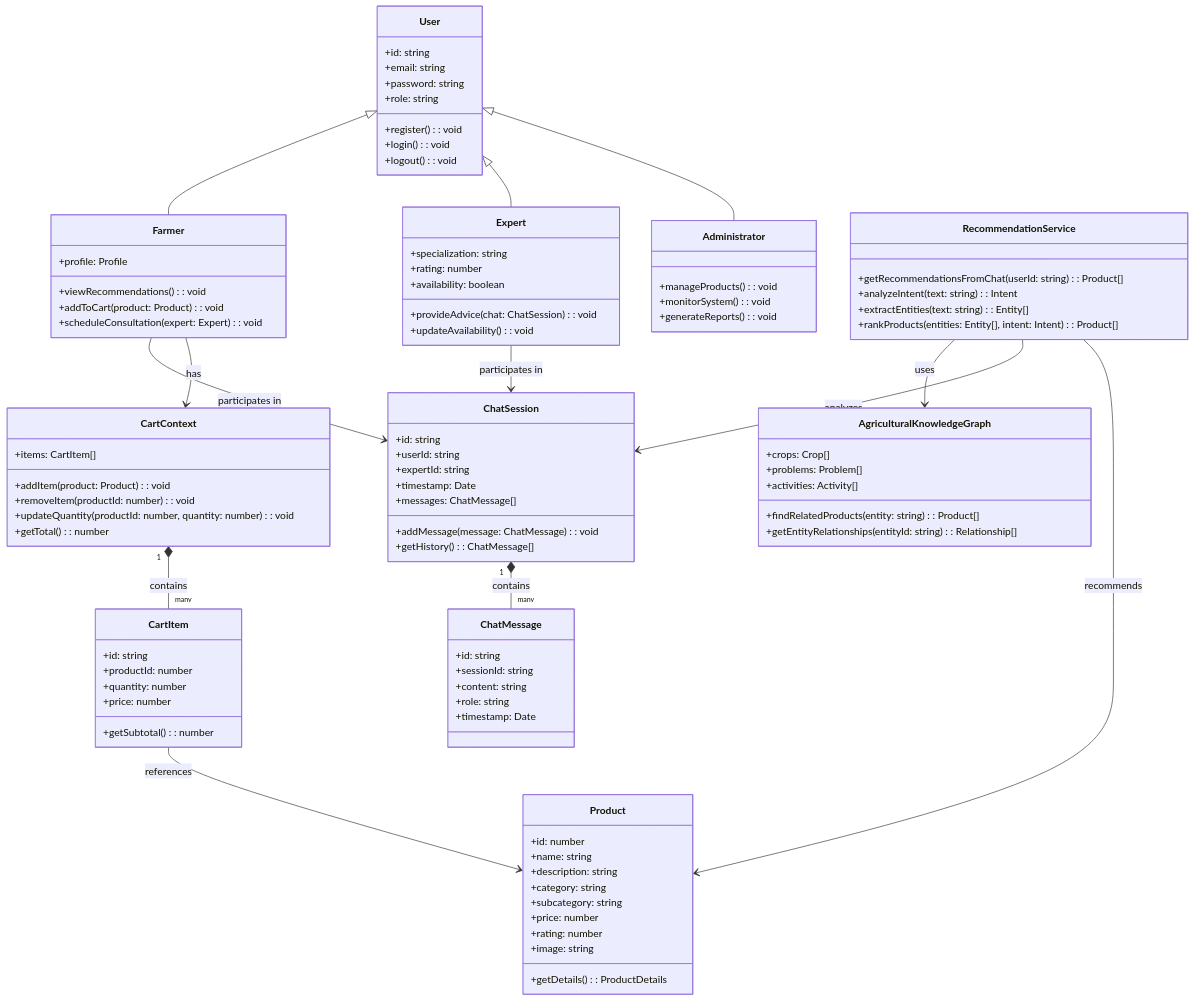
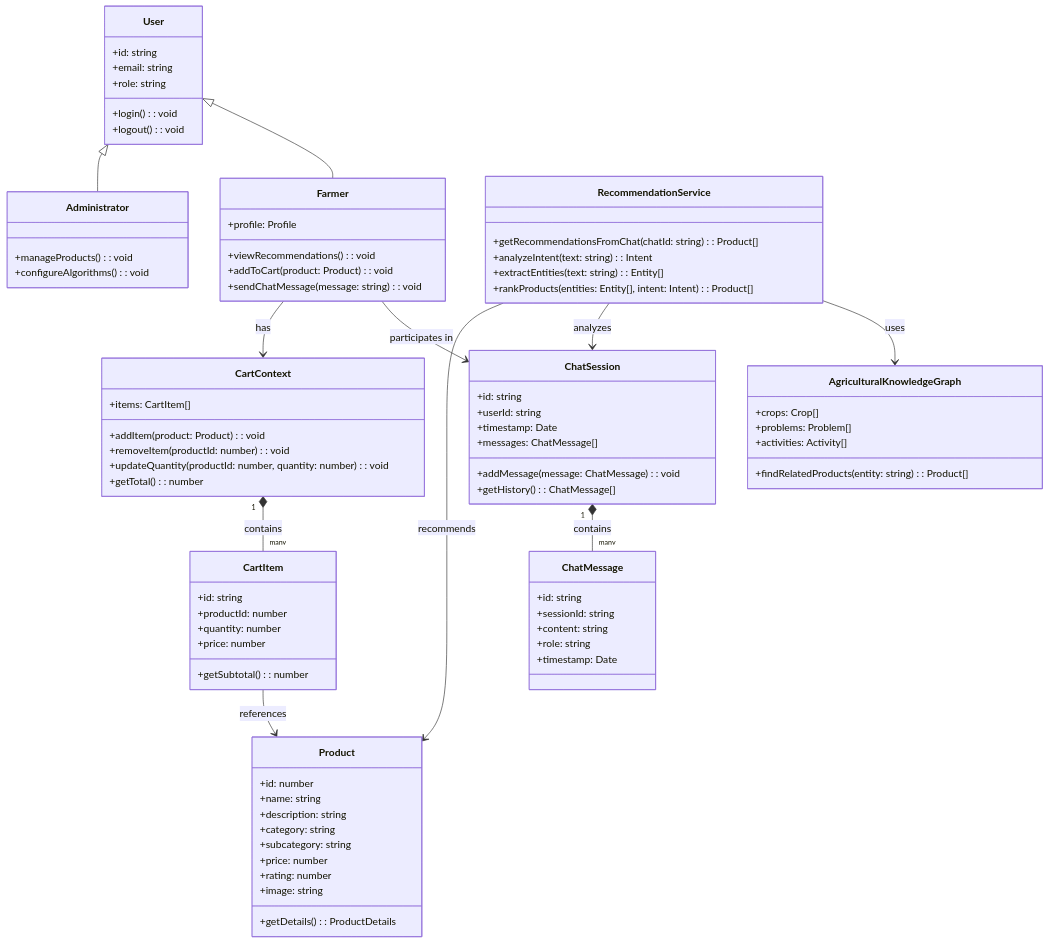
The second of 7 diagrams in documentation/digram.md (Gauravkrsah/Cropsay), drawn with Mermaid before and after one commit. The commit also changed other lines of this file and 1 other file, not shown here.

Commit message:
Add system analysis and diagrams for chat-based product recommendation system

```diff
--- a/documentation/digram.md
+++ b/documentation/digram.md
@@ -188,9 +137,7 @@
     class User {
         +id: string
         +email: string
-        +password: string
         +role: string
-        +register(): void
         +login(): void
         +logout(): void
     }
@@ -199,21 +146,12 @@
         +profile: Profile
         +viewRecommendations(): void
         +addToCart(product: Product): void
-        +scheduleConsultation(expert: Expert): void
-    }
-    
-    class Expert {
-        +specialization: string
-        +rating: number
-        +availability: boolean
-        +provideAdvice(chat: ChatSession): void
-        +updateAvailability(): void
+        +sendChatMessage(message: string): void
     }
     
     class Administrator {
         +manageProducts(): void
-        +monitorSystem(): void
-        +generateReports(): void
+        +configureAlgorithms(): void
     }
     
     class Product {
@@ -228,18 +166,9 @@
         +getDetails(): ProductDetails
     }
     
-    class AgriculturalKnowledgeGraph {
-        +crops: Crop[]
-        +problems: Problem[]
-        +activities: Activity[]
-        +findRelatedProducts(entity: string): Product[]
-        +getEntityRelationships(entityId: string): Relationship[]
-    }
-    
     class ChatSession {
         +id: string
         +userId: string
-        +expertId: string
         +timestamp: Date
         +messages: ChatMessage[]
         +addMessage(message: ChatMessage): void
@@ -254,8 +183,15 @@
         +timestamp: Date
     }
     
+    class AgriculturalKnowledgeGraph {
+        +crops: Crop[]
+        +problems: Problem[]
+        +activities: Activity[]
+        +findRelatedProducts(entity: string): Product[]
+    }
+    
     class RecommendationService {
-        +getRecommendationsFromChat(userId: string): Product[]
+        +getRecommendationsFromChat(chatId: string): Product[]
         +analyzeIntent(text: string): Intent
         +extractEntities(text: string): Entity[]
         +rankProducts(entities: Entity[], intent: Intent): Product[]
@@ -278,12 +214,9 @@
     }
     
     User <|-- Farmer
-    User <|-- Expert
     User <|-- Administrator
     
     Farmer --> ChatSession: participates in
-    Expert --> ChatSession: participates in
-    
     ChatSession "1" *-- "many" ChatMessage: contains
     
     Farmer --> CartContext: has
```
